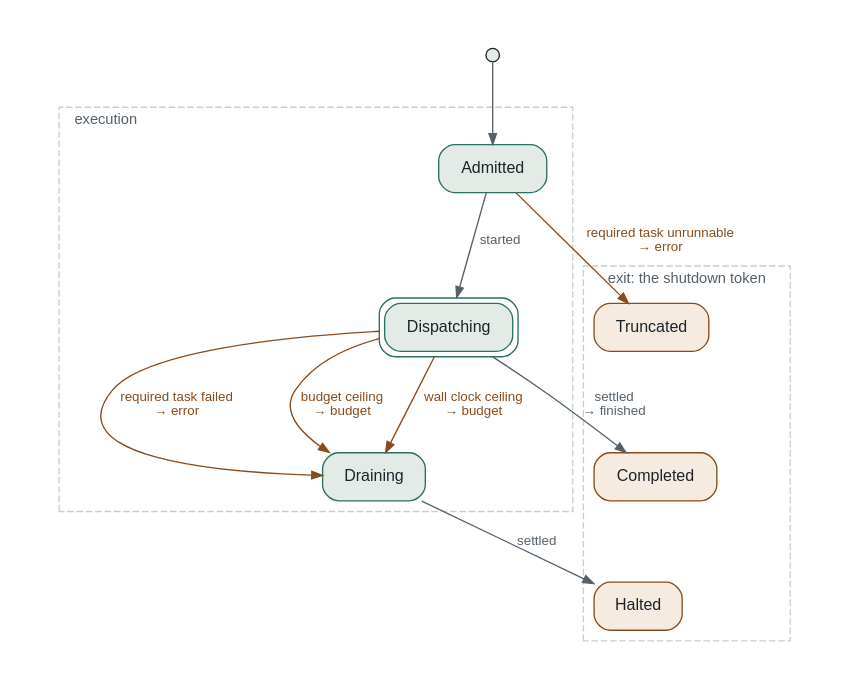
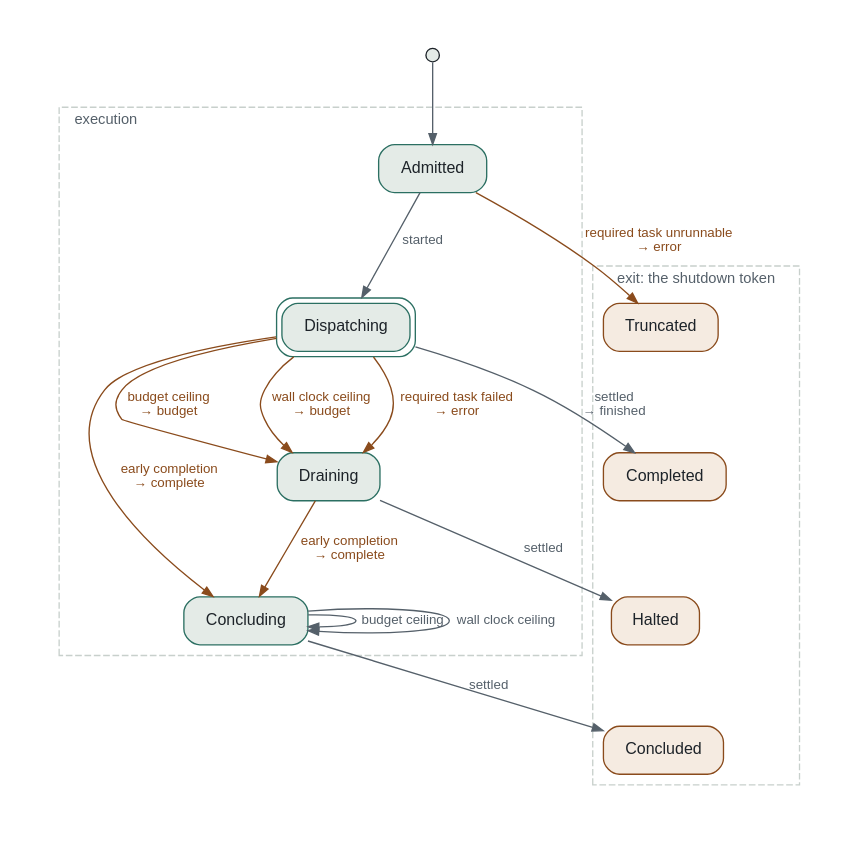
Before and after one commit to neuralmagic/crucible: the diagram in docs/img/plan-states.dot, drawn with Graphviz. The commit also changed 13 other files, not shown here.

```diff
--- a/docs/img/plan-states.dot
+++ b/docs/img/plan-states.dot
@@ -1,26 +1,33 @@
 digraph plan {
     graph [rankdir=TB, fontname="Helvetica", fontsize=11, fontcolor="#55606a", pad=0.4, nodesep=0.5, ranksep=0.7, splines=true, newrank=true];
     node [shape=box, style="rounded,filled", fillcolor="#e4ebe7", color="#2b6f62", fontname="Helvetica", fontsize=12, fontcolor="#1d2329", margin="0.18,0.1"];
     edge [fontname="Helvetica", fontsize=10, color="#55606a", fontcolor="#55606a", arrowsize=0.8];
     start [shape=point, width=0.14, color="#1d2329"];
     subgraph cluster_0 {
         label="execution"; style=dashed; color="#c8d0cc"; labeljust=l;
         Admitted;
         Dispatching [peripheries=2];
         Draining;
+        Concluding;
     }
     subgraph cluster_1 {
         label="exit: the shutdown token"; style=dashed; color="#c8d0cc"; labeljust=l;
         Completed [fillcolor="#f5ebe1", color="#8a4b1c"];
         Halted [fillcolor="#f5ebe1", color="#8a4b1c"];
         Truncated [fillcolor="#f5ebe1", color="#8a4b1c"];
+        Concluded [fillcolor="#f5ebe1", color="#8a4b1c"];
     }
     start -> Admitted;
     Admitted -> Truncated [label="required task unrunnable\n→ error", color="#8a4b1c", fontcolor="#8a4b1c"];
     Admitted -> Dispatching [label="started"];
     Dispatching -> Draining [label="required task failed\n→ error", color="#8a4b1c", fontcolor="#8a4b1c"];
     Dispatching -> Draining [label="budget ceiling\n→ budget", color="#8a4b1c", fontcolor="#8a4b1c"];
     Dispatching -> Draining [label="wall clock ceiling\n→ budget", color="#8a4b1c", fontcolor="#8a4b1c"];
     Dispatching -> Completed [label="settled\n→ finished"];
     Draining -> Halted [label="settled"];
+    Dispatching -> Concluding [label="early completion\n→ complete", color="#8a4b1c", fontcolor="#8a4b1c"];
+    Draining -> Concluding [label="early completion\n→ complete", color="#8a4b1c", fontcolor="#8a4b1c"];
+    Concluding -> Concluding [label="budget ceiling"];
+    Concluding -> Concluding [label="wall clock ceiling"];
+    Concluding -> Concluded [label="settled"];
 }
```
